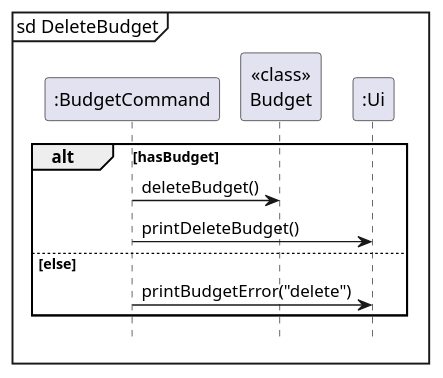
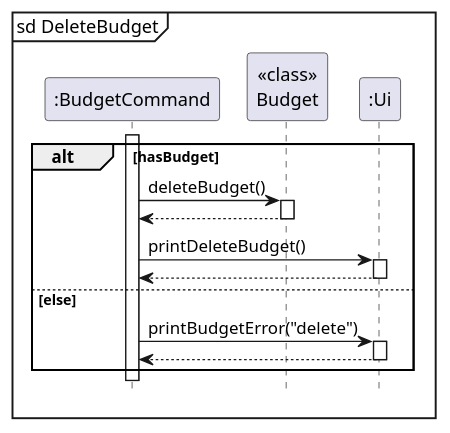
Before and after one commit to nus-cs2113-AY2324S1/tp: the diagram in docs/diagrams/deleteBudget.puml, drawn with PlantUML. The commit also changed 11 other files, not shown here.

Commit message:
Update diagrams, DG and UG

```diff
--- a/docs/diagrams/deleteBudget.puml
+++ b/docs/diagrams/deleteBudget.puml
@@ -1,16 +1,23 @@
 @startuml
+
+autoactivate on
 
 mainframe sd DeleteBudget
 participant ":BudgetCommand" as BudgetCommand
 participant "<<class>>\nBudget" as Budget
 participant ":Ui" as Ui
 
+activate BudgetCommand
+
 alt hasBudget
     BudgetCommand -> Budget: deleteBudget()
+    return
     BudgetCommand -> Ui: printDeleteBudget()
+    return
 else else
     BudgetCommand -> Ui: printBudgetError("delete")
+    return
 end
 
 hide footbox
 @enduml
```
